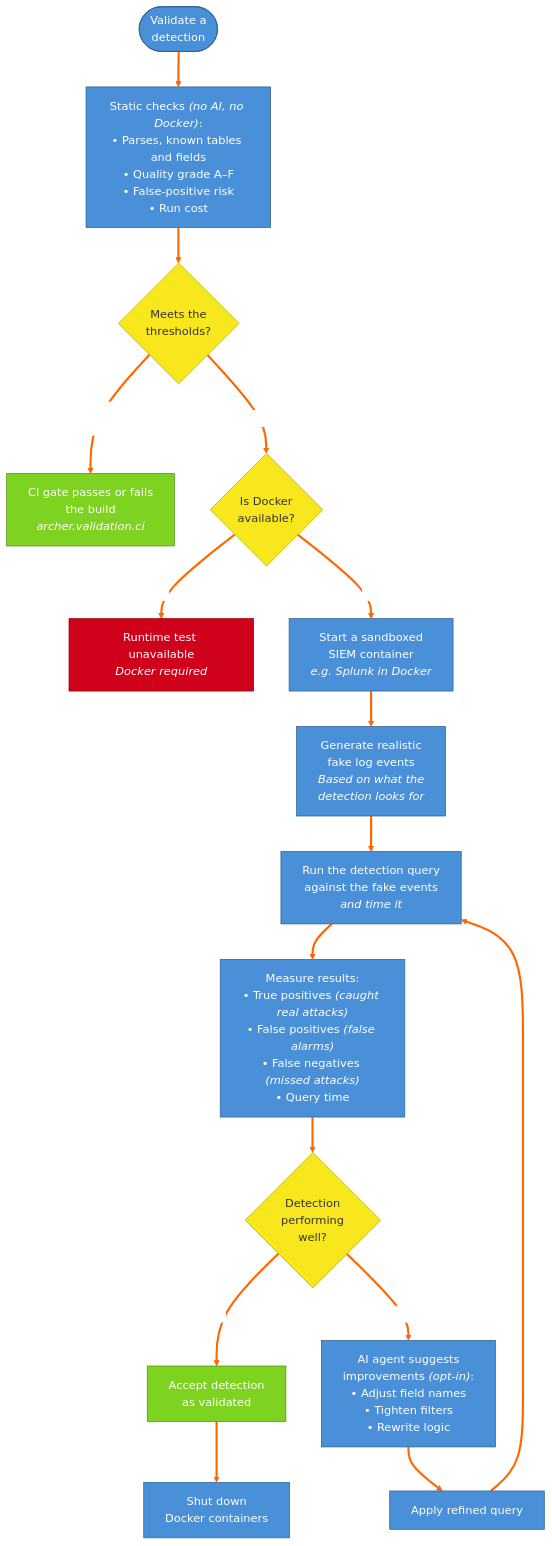
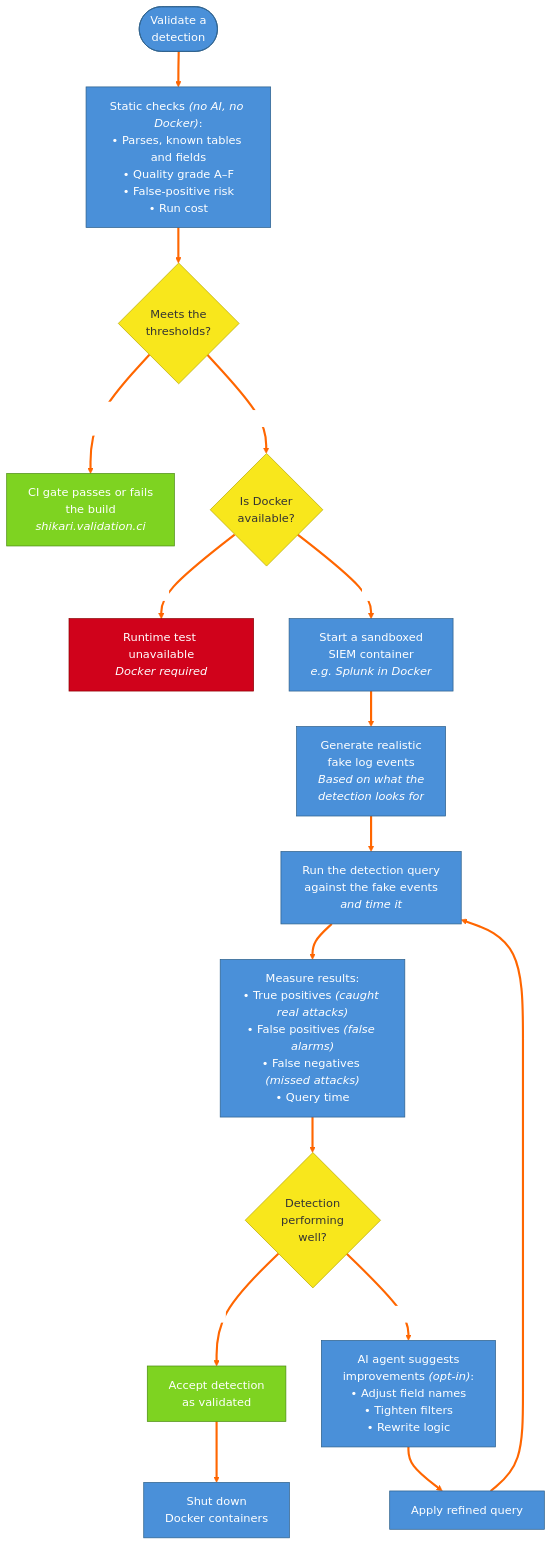
One commit to cmdaltr/shikari changed the diagram in docs/architecture/mermaid/11_8_validation_workflow_testing_detections.md. Above: the diagram before and after it, drawn with Mermaid. The commit also changed 1000 other files, not shown here.

First line of the commit message:
refactor(brand): rename archer -> shikari and rebrand the UI

````diff
--- a/docs/architecture/mermaid/11_8_validation_workflow_testing_detections.md
+++ b/docs/architecture/mermaid/11_8_validation_workflow_testing_detections.md
@@ -5,39 +5,39 @@
 ```mermaid
 %%{init: {'theme': 'base', 'themeVariables': {'lineColor': '#ff6600', 'edgeLabelBackground': '#ffffff', 'primaryColor': '#4a90d9', 'primaryTextColor': '#ffffff', 'primaryBorderColor': '#2c5f8a', 'secondaryColor': '#e8e8e8', 'tertiaryColor': '#f5f5f5', 'clusterBkg': '#f0f0f0', 'clusterBorder': '#999999', 'titleColor': '#000000', 'nodeTextColor': '#000000', 'background': '#ffffff'}}}%%
 flowchart TD
     START_V(["Validate a<br/>detection"]) --> STATIC["Static checks <i>(no AI, no Docker)</i>:<br/>• Parses, known tables and fields<br/>• Quality grade A–F<br/>• False-positive risk<br/>• Run cost"]
 
     STATIC --> GATE{"Meets the<br/>thresholds?"}
 
-    GATE -- "In CI<br/><i>detections as code</i>" --> CI["CI gate passes or fails<br/>the build<br/><i>archer.validation.ci</i>"]
+    GATE -- "In CI<br/><i>detections as code</i>" --> CI["CI gate passes or fails<br/>the build<br/><i>shikari.validation.ci</i>"]
     GATE -- "Interactive" --> DOCKER_CHECK{"Is Docker<br/>available?"}
 
     DOCKER_CHECK -- "No" --> SKIP["Runtime test unavailable<br/><i>Docker required</i>"]
     DOCKER_CHECK -- "Yes" --> SPIN["Start a sandboxed<br/>SIEM container<br/><i>e.g. Splunk in Docker</i>"]
 
     SPIN --> GENERATE_EVENTS["Generate realistic<br/>fake log events<br/><i>Based on what the<br/>detection looks for</i>"]
 
     GENERATE_EVENTS --> RUN_QUERY["Run the detection query<br/>against the fake events<br/><i>and time it</i>"]
 
     RUN_QUERY --> MEASURE["Measure results:<br/>• True positives <i>(caught real attacks)</i><br/>• False positives <i>(false alarms)</i><br/>• False negatives <i>(missed attacks)</i><br/>• Query time"]
 
     MEASURE --> GOOD{"Detection<br/>performing<br/>well?"}
 
     GOOD -- "Yes" --> ACCEPT["Accept detection<br/>as validated"]
     GOOD -- "Needs work" --> REFINE["AI agent suggests<br/>improvements <i>(opt-in)</i>:<br/>• Adjust field names<br/>• Tighten filters<br/>• Rewrite logic"]
 
     REFINE --> APPLY["Apply refined query"]
     APPLY --> RUN_QUERY
 
     ACCEPT --> CLEANUP["Shut down<br/>Docker containers"]
 
     style START_V fill:#4a90d9,stroke:#2c5f8a,color:#fff
     style ACCEPT fill:#7ed321,stroke:#4a8c0f,color:#fff
     style CI fill:#7ed321,stroke:#4a8c0f,color:#fff
     style SKIP fill:#d0021b,stroke:#8b0000,color:#fff
     style STATIC fill:#4a90d9,stroke:#2c5f8a,color:#fff
     style DOCKER_CHECK fill:#f8e71c,stroke:#b8a700,color:#333
     style GATE fill:#f8e71c,stroke:#b8a700,color:#333
     style GOOD fill:#f8e71c,stroke:#b8a700,color:#333
     linkStyle default stroke:#ff6600,stroke-width:3px
 ```
````
